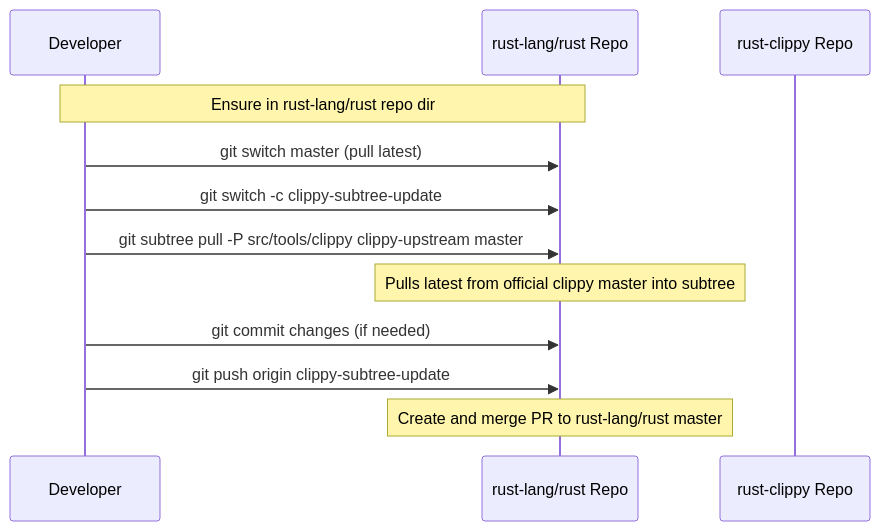
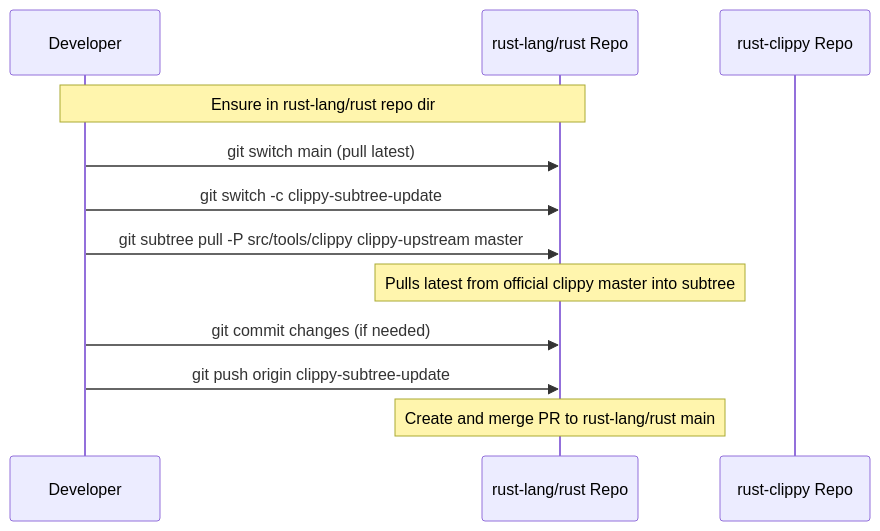
The second of 2 diagrams in .exp/design-workflow-9-sync-rustc.md (gauravagerwala/rust-clippy), drawn with Mermaid before and after one commit. The commit also changed other lines of this file and 1 other file, not shown here.

Commit message:
Update design for PR #16198: Update default branch name of `rust-lang/rust` in subtree sync docs

````diff
--- a/.exp/design-workflow-9-sync-rustc.md
+++ b/.exp/design-workflow-9-sync-rustc.md
@@ -65,14 +65,14 @@
 ```mermaid
 sequenceDiagram
     participant D as Developer
     participant RR as rust-lang/rust Repo
     participant CR as rust-clippy Repo
     Note over D,RR: Ensure in rust-lang/rust repo dir
-    D->>RR: git switch master (pull latest)
+    D->>RR: git switch main (pull latest)
     D->>RR: git switch -c clippy-subtree-update
     D->>RR: git subtree pull -P src/tools/clippy clippy-upstream master
     Note over RR: Pulls latest from official clippy master into subtree
     D->>RR: git commit changes (if needed)
     D->>RR: git push origin clippy-subtree-update
-    Note over RR: Create and merge PR to rust-lang/rust master
+    Note over RR: Create and merge PR to rust-lang/rust main
 ```
````
